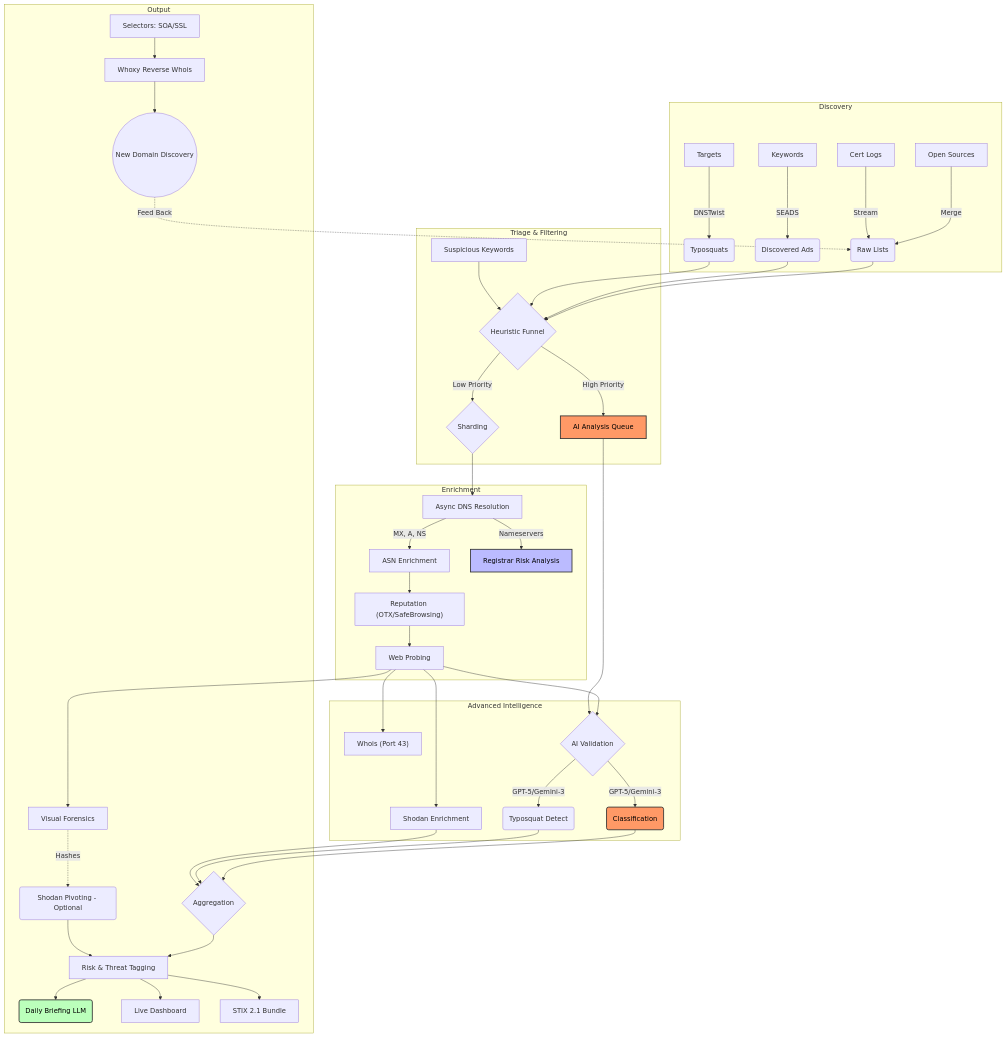
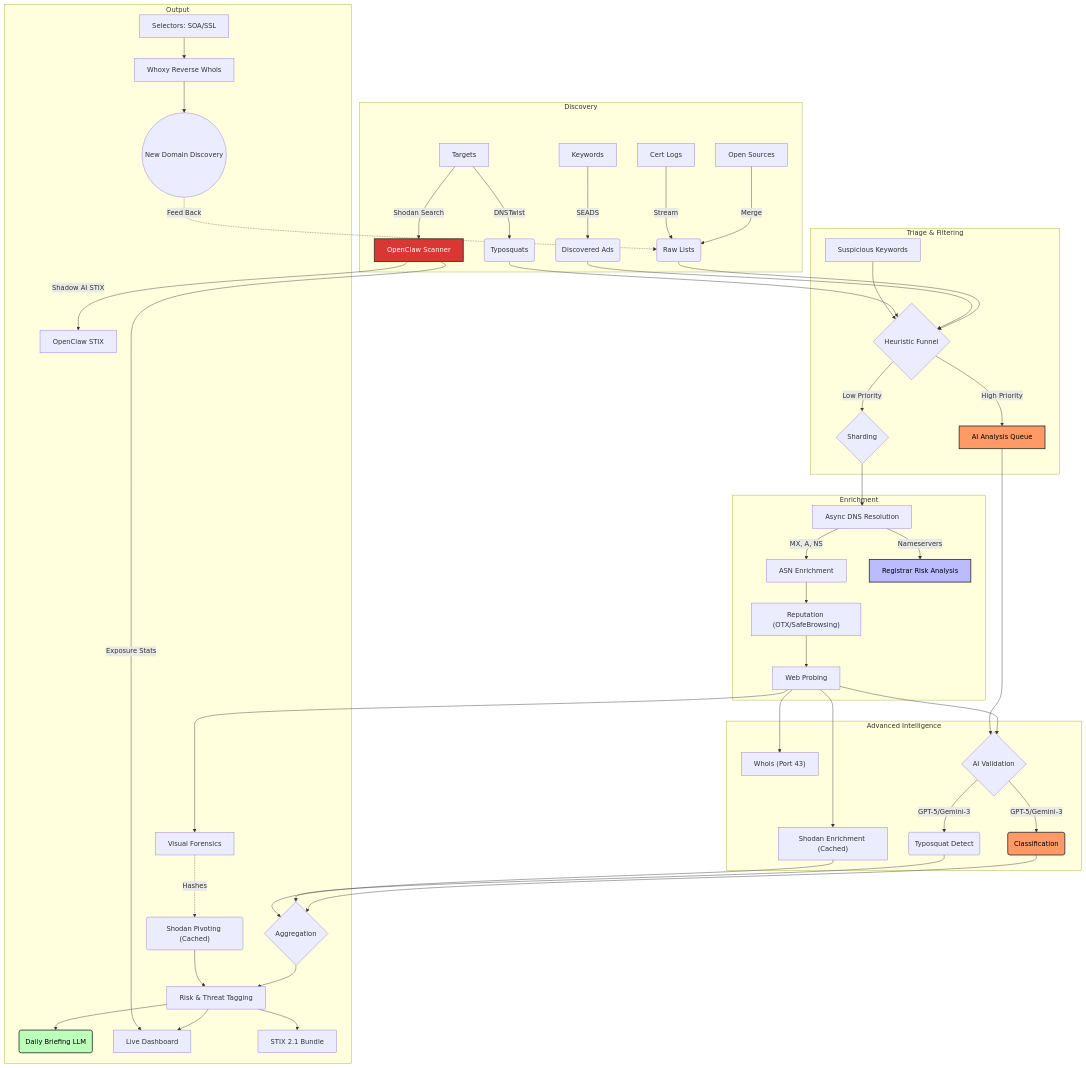
The diagram in README.md (elchacal801/domain_intel), drawn with Mermaid before and after one commit. The commit also changed other lines of this file and 17 other files, not shown here.

Commit message:
feat: OpenClaw Scanner, Shodan Caching, and Dashboard V2

````diff
--- a/README.md
+++ b/README.md
@@ -140,52 +145,57 @@
 ```mermaid
 graph TD
     subgraph Discovery
         A[Keywords] -->|SEADS| B(Discovered Ads)
         C[Targets] -->|DNSTwist| D(Typosquats)
+        C -->|Shodan Search| OC[OpenClaw Scanner]
         E[Open Sources] -->|Merge| F(Raw Lists)
         Z[Cert Logs] -->|Stream| F
     end
 
     subgraph "Triage & Filtering"
         F & B & D --> T{Heuristic Funnel}
         K2[Suspicious Keywords] --> T
         T -->|Low Priority| G{Sharding}
         T -->|High Priority| AI[AI Analysis Queue]
     end
 
     subgraph Enrichment
         G --> H[Async DNS Resolution]
         H -->|MX, A, NS| I[ASN Enrichment]
         H -->|Nameservers| J[Registrar Risk Analysis]
         I --> K["Reputation (OTX/SafeBrowsing)"]
         K --> L[Web Probing]
     end
 
     subgraph "Advanced Intelligence"
-        L --> S[Shodan Enrichment]
+        L --> S["Shodan Enrichment (Cached)"]
         L --> W["Whois (Port 43)"]
         L --> AI_CHECK{AI Validation}
         AI --> AI_CHECK
         AI_CHECK -->|GPT-5/Gemini-3| CLASS(Classification)
         AI_CHECK -->|GPT-5/Gemini-3| TYPO(Typosquat Detect)
     end
 
     subgraph Output
         CLASS & TYPO & S --> M{Aggregation}
         L --> N[Visual Forensics]
-        N -.->|Hashes| SP(Shodan Pivoting - Optional)
+        N -.->|Hashes| SP("Shodan Pivoting (Cached)")
         M & SP --> O[Risk & Threat Tagging]
         O --> P(Daily Briefing LLM)
         O --> Q[Live Dashboard]
         O --> R[STIX 2.1 Bundle]
         
+        OC -->|Shadow AI STIX| OC_STIX[OpenClaw STIX]
+        OC -->|Exposure Stats| Q
+
         WM[Selectors: SOA/SSL] --> PIVOT[Whoxy Reverse Whois]
         PIVOT --> DISCOVERY((New Domain Discovery))
         DISCOVERY -.->|Feed Back| F
     end
 
     style J fill:#bbf,stroke:#333,stroke-width:2px,color:black
     style AI fill:#f96,stroke:#333,stroke-width:2px,color:black
     style CLASS fill:#f96,stroke:#333,stroke-width:2px,color:black
     style P fill:#bfb,stroke:#333,stroke-width:2px,color:black
+    style OC fill:#da3633,stroke:#333,stroke-width:2px,color:white
 ```
````
